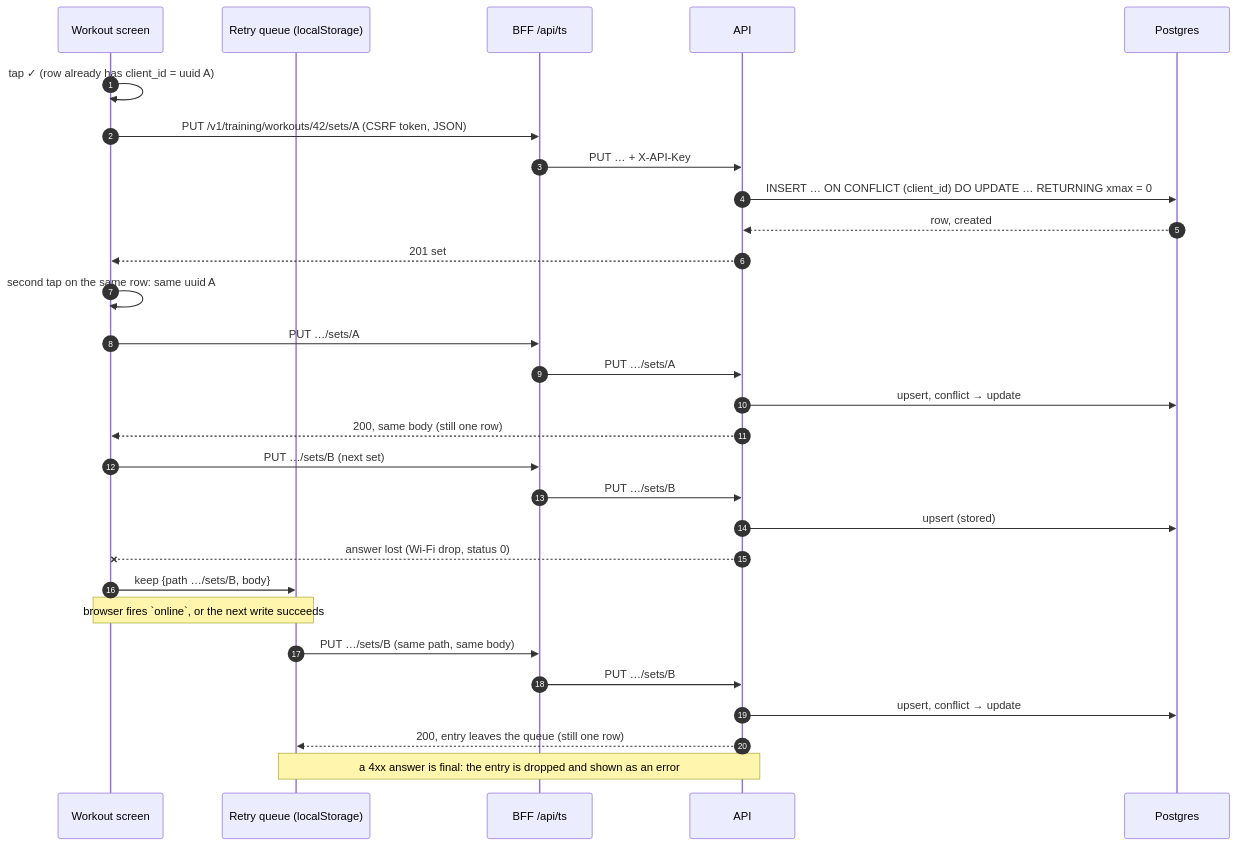
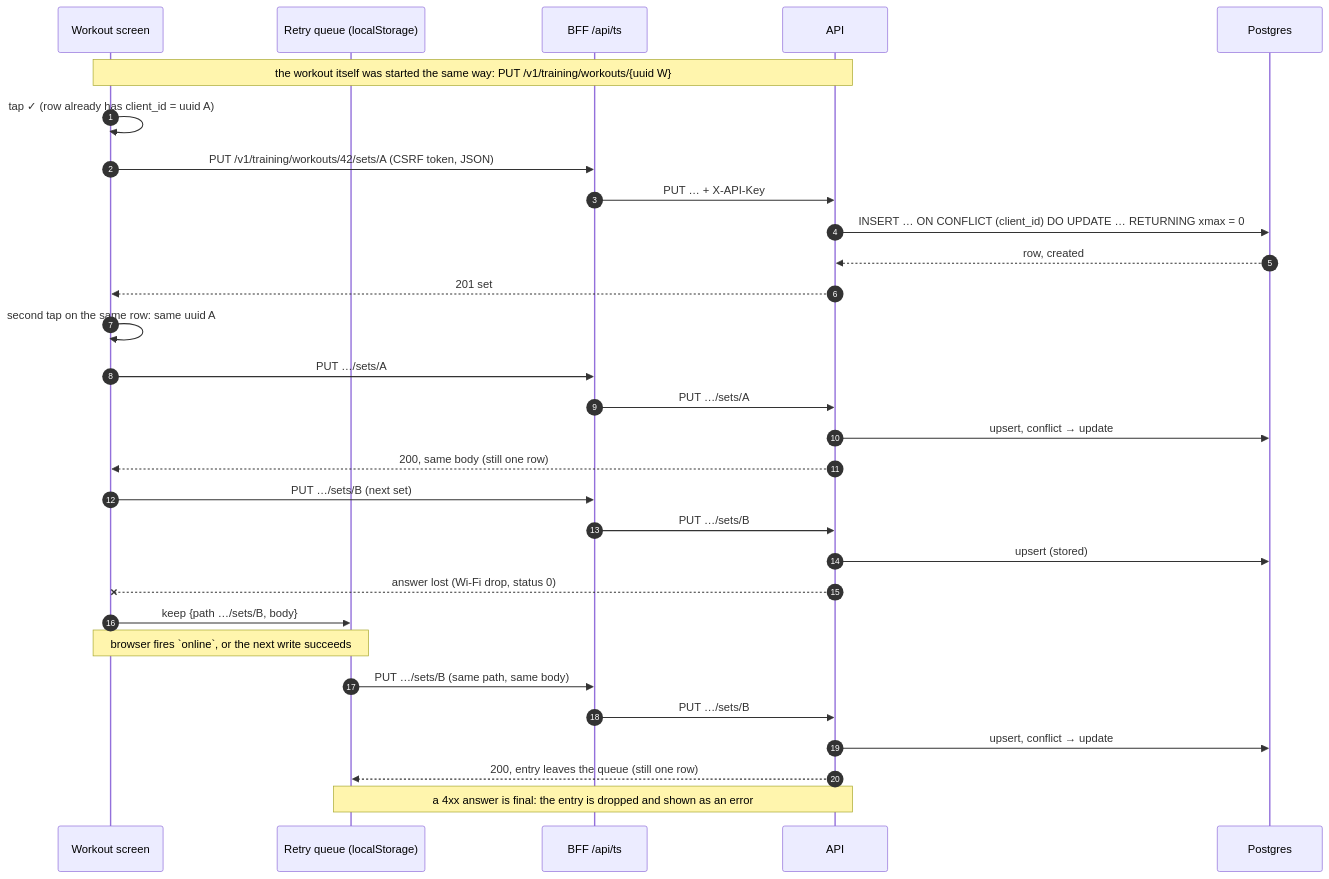
Before and after one commit to umutaydins/trainsync: diagram 20 of 21 in docs/diagrams.md, drawn with Mermaid. The commit also changed other lines of this file and 24 other files, not shown here.

````diff
--- a/docs/diagrams.md
+++ b/docs/diagrams.md
@@ -1127,32 +1128,33 @@
 ```mermaid
 sequenceDiagram
     autonumber
     participant UI as Workout screen
     participant Q as Retry queue (localStorage)
     participant BFF as BFF /api/ts
     participant API as API
     participant DB as Postgres
 
+    Note over UI,API: the workout itself was started the same way: PUT /v1/training/workouts/{uuid W}
     UI->>UI: tap ✓ (row already has client_id = uuid A)
     UI->>BFF: PUT /v1/training/workouts/42/sets/A (CSRF token, JSON)
     BFF->>API: PUT … + X-API-Key
     API->>DB: INSERT … ON CONFLICT (client_id) DO UPDATE … RETURNING xmax = 0
     DB-->>API: row, created
     API-->>UI: 201 set
     UI->>UI: second tap on the same row: same uuid A
     UI->>BFF: PUT …/sets/A
     BFF->>API: PUT …/sets/A
     API->>DB: upsert, conflict → update
     API-->>UI: 200, same body (still one row)
     UI->>BFF: PUT …/sets/B (next set)
     BFF->>API: PUT …/sets/B
     API->>DB: upsert (stored)
     API--xUI: answer lost (Wi-Fi drop, status 0)
     UI->>Q: keep {path …/sets/B, body}
     Note over UI,Q: browser fires `online`, or the next write succeeds
     Q->>BFF: PUT …/sets/B (same path, same body)
     BFF->>API: PUT …/sets/B
     API->>DB: upsert, conflict → update
     API-->>Q: 200, entry leaves the queue (still one row)
     Note over Q,API: a 4xx answer is final: the entry is dropped and shown as an error
 ```
````
